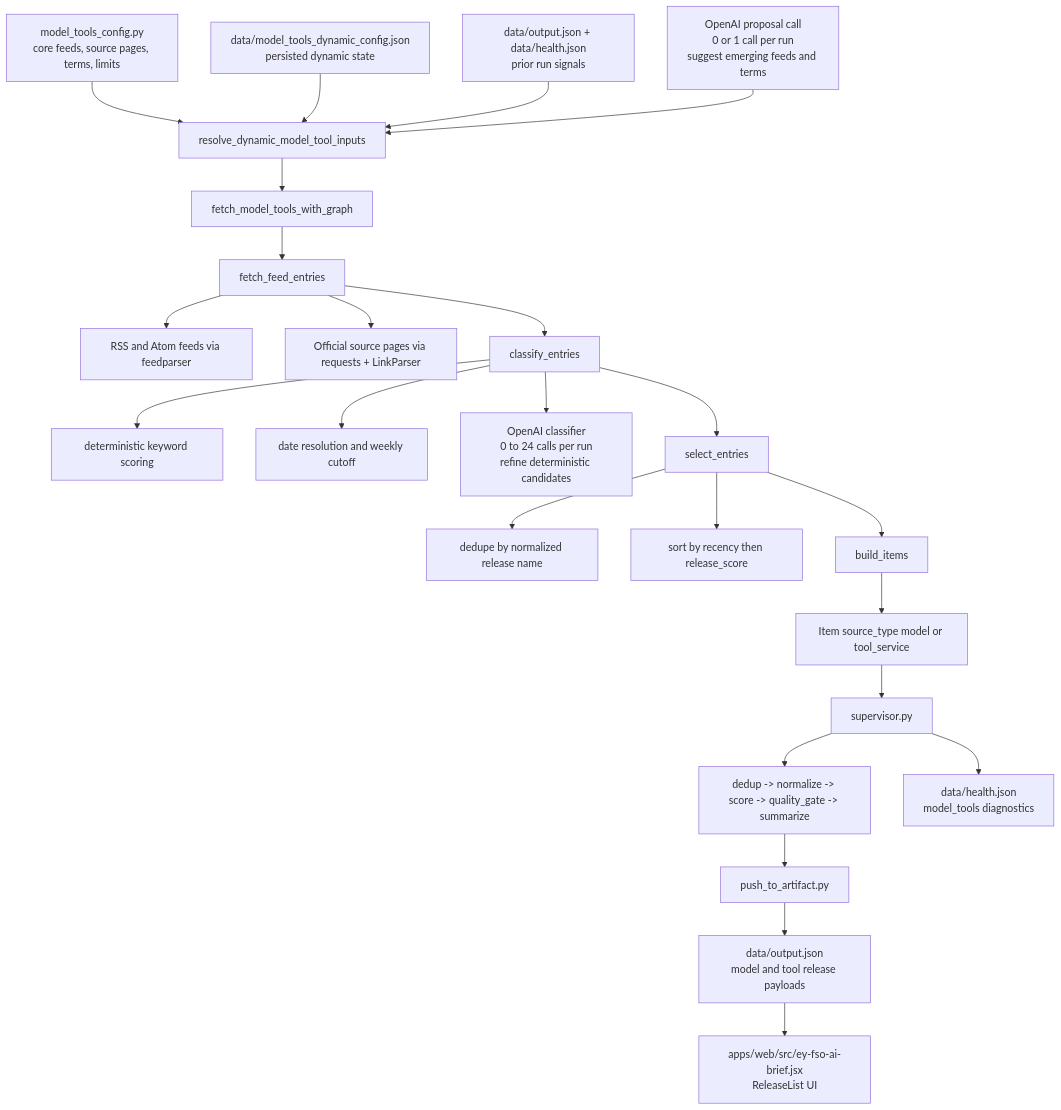
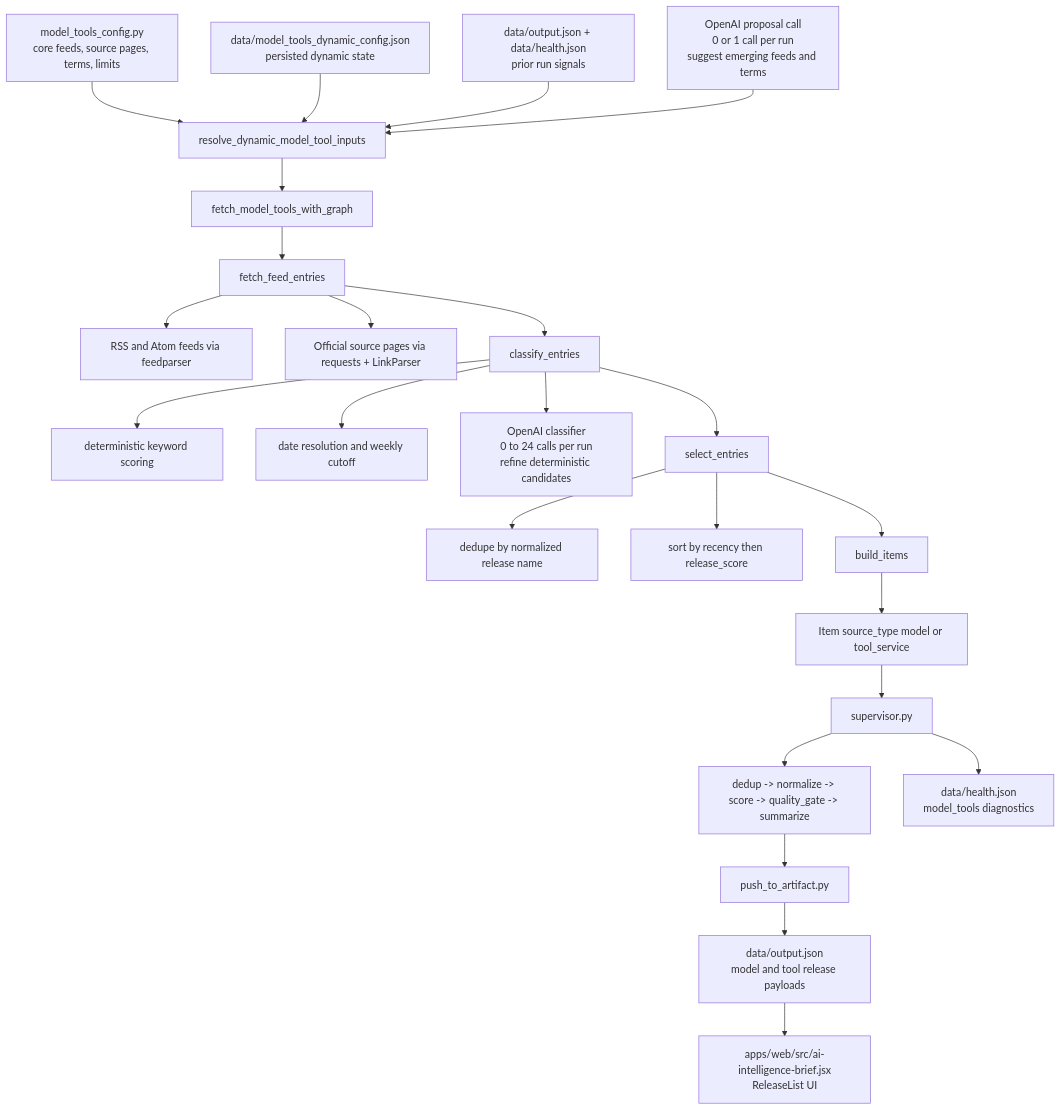
One commit to AjinkyaPawale1/ai-news-artifact changed the second of 2 diagrams in docs/model-tools-agent-architecture.md. Above: the diagram before and after it, drawn with Mermaid. The commit also changed other lines of this file and 22 other files, not shown here.

````diff
--- a/docs/model-tools-agent-architecture.md
+++ b/docs/model-tools-agent-architecture.md
@@ -61,30 +61,30 @@
 ```mermaid
 flowchart TD
     A[model_tools_config.py\ncore feeds, source pages, terms, limits] --> B[resolve_dynamic_model_tool_inputs]
     H[data/model_tools_dynamic_config.json\npersisted dynamic state] --> B
     I[data/output.json + data/health.json\nprior run signals] --> B
     J[OpenAI proposal call\n0 or 1 call per run\nsuggest emerging feeds and terms] --> B
 
     B --> C[fetch_model_tools_with_graph]
     C --> D[fetch_feed_entries]
     D --> K[RSS and Atom feeds via feedparser]
     D --> L[Official source pages via requests + LinkParser]
 
     D --> E[classify_entries]
     E --> M[deterministic keyword scoring]
     E --> N[date resolution and weekly cutoff]
     E --> O[OpenAI classifier\n0 to 24 calls per run\nrefine deterministic candidates]
 
     E --> F[select_entries]
     F --> P[dedupe by normalized release name]
     F --> Q[sort by recency then release_score]
 
     F --> G[build_items]
     G --> R[Item source_type model or tool_service]
     R --> S[supervisor.py]
     S --> T[dedup -> normalize -> score -> quality_gate -> summarize]
     T --> U[push_to_artifact.py]
     U --> V[data/output.json\nmodel and tool release payloads]
     S --> W[data/health.json\nmodel_tools diagnostics]
-    V --> X[apps/web/src/ey-fso-ai-brief.jsx\nReleaseList UI]
+    V --> X[apps/web/src/ai-intelligence-brief.jsx\nReleaseList UI]
 ```
````
